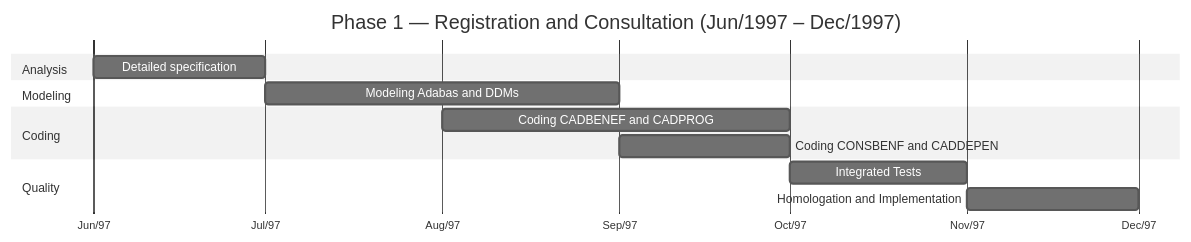
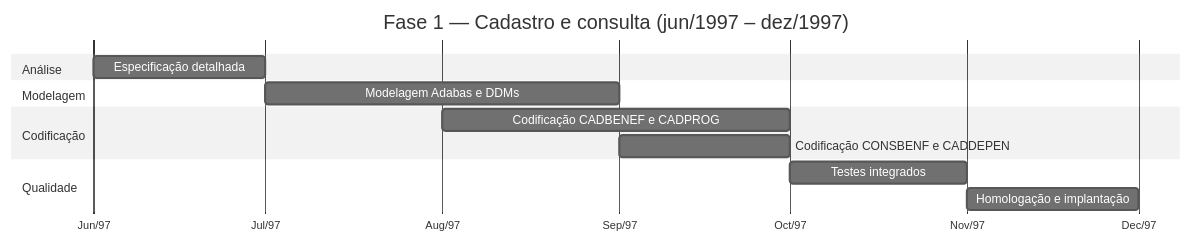
Before and after one commit to serpro-workshop-floripa/sifap-workshop-paula-00: the fifth of 6 diagrams in 01-archaeology/legacy-sifap/legacy-docs/ORIGINAL-ARCHITECTURE-1997.md, drawn with Mermaid. The commit also changed other lines of this file and 19 other files, not shown here.

````diff
--- a/01-archaeology/legacy-sifap/legacy-docs/ORIGINAL-ARCHITECTURE-1997.md
+++ b/01-archaeology/legacy-sifap/legacy-docs/ORIGINAL-ARCHITECTURE-1997.md
@@ -479,21 +479,21 @@
 ```mermaid
 %%{init: {'theme':'neutral','themeVariables':{'fontFamily':'ui-sans-serif, system-ui, sans-serif','primaryColor':'#F5F5F5','primaryTextColor':'#171717','primaryBorderColor':'#171717','lineColor':'#525252','secondaryColor':'#FFFFFF','tertiaryColor':'#FAFAFA','background':'#FFFFFF'}}}%%
 gantt
-    title Phase 1 — Registration and Consultation (Jun/1997 – Dec/1997)
+    title Fase 1 — Cadastro e consulta (jun/1997 – dez/1997)
     dateFormat YYYY-MM
     axisFormat %b/%y
 
-    section Analysis
-    Detailed specification :a1, 1997-06, 1M
+    section Análise
+    Especificação detalhada :a1, 1997-06, 1M
 
-    section Modeling
-    Modeling Adabas and DDMs :a2, 1997-07, 2M
+    section Modelagem
+    Modelagem Adabas e DDMs :a2, 1997-07, 2M
 
-    section Coding
-    Coding CADBENEF and CADPROG :a3, 1997-08, 2M
-    Coding CONSBENF and CADDEPEN :a4, 1997-09, 1M
+    section Codificação
+    Codificação CADBENEF e CADPROG :a3, 1997-08, 2M
+    Codificação CONSBENF e CADDEPEN :a4, 1997-09, 1M
 
-    section Quality
-    Integrated Tests :a5, 1997-10, 1M
-    Homologation and Implementation:a6, 1997-11, 1M
+    section Qualidade
+    Testes integrados :a5, 1997-10, 1M
+    Homologação e implantação:a6, 1997-11, 1M
 ```
````
